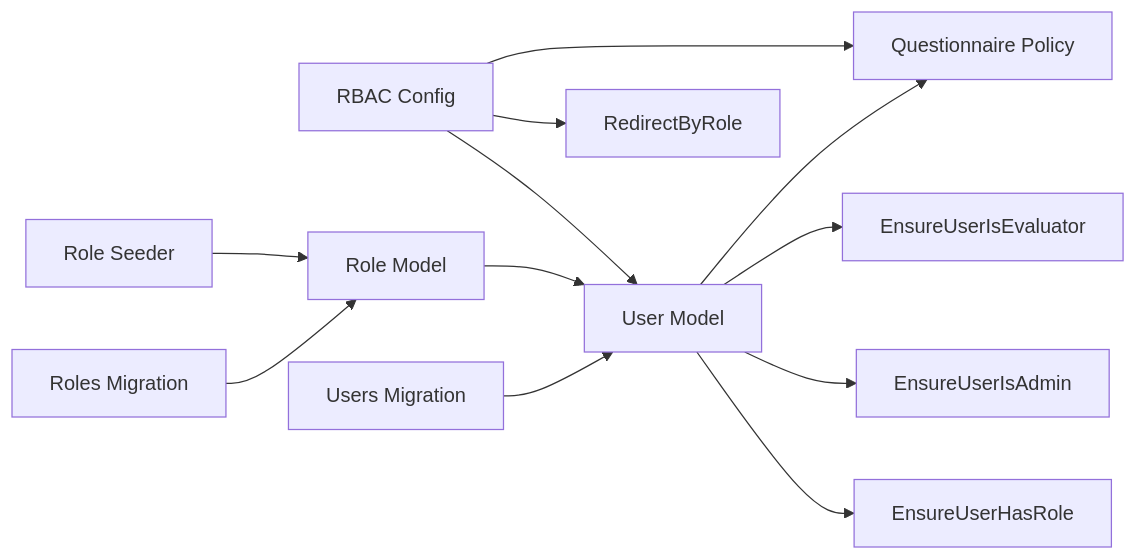
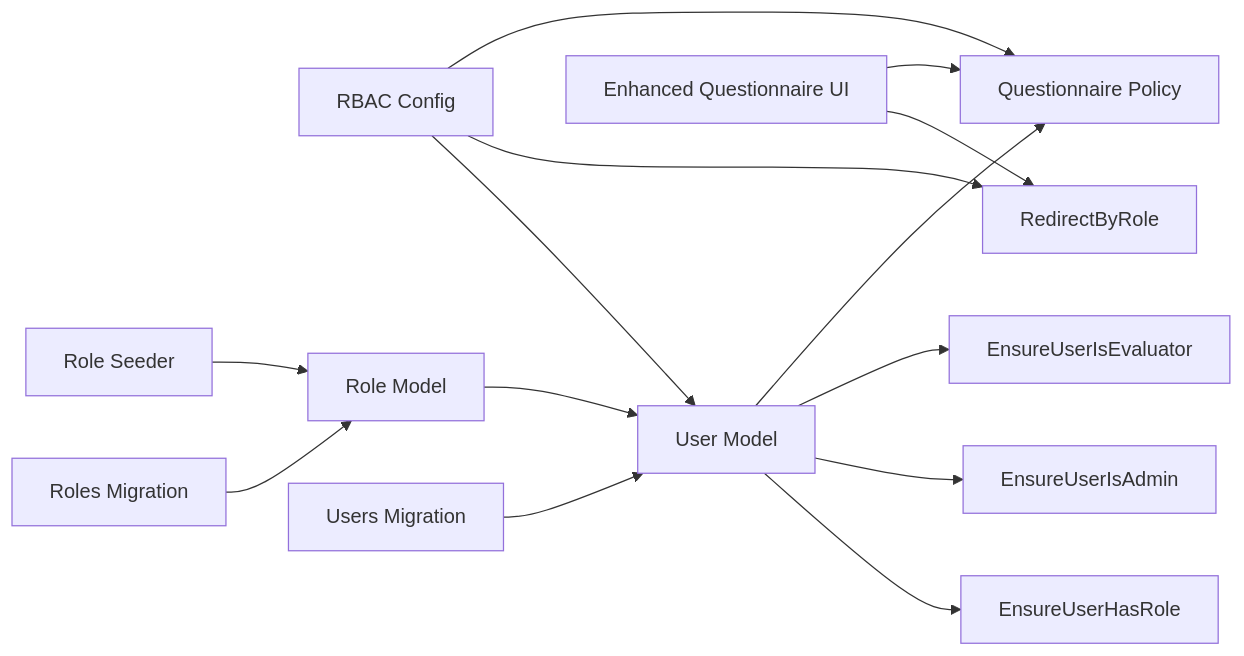
One commit to rudicatsmile/assesment360 changed the sixth of 6 diagrams in .qoder/repowiki/en/content/Role-Based Access Control/Role-Based Access Control.md. Above: the diagram before and after it, drawn with Mermaid. The commit also changed other lines of this file and 5 other files, not shown here.

````diff
--- a/.qoder/repowiki/en/content/Role-Based Access Control/Role-Based Access Control.md
+++ b/.qoder/repowiki/en/content/Role-Based Access Control/Role-Based Access Control.md
@@ -341,14 +397,16 @@
 ```mermaid
 graph LR
 Config["RBAC Config"] --> UserModel["User Model"]
 Config --> MiddlewareRedirect["RedirectByRole"]
 Config --> Policy["Questionnaire Policy"]
 RoleModel["Role Model"] --> UserModel
 UserModel --> MiddlewareHasRole["EnsureUserHasRole"]
 UserModel --> MiddlewareIsAdmin["EnsureUserIsAdmin"]
 UserModel --> MiddlewareIsEvaluator["EnsureUserIsEvaluator"]
 UserModel --> Policy
 RolesTable["Roles Migration"] --> RoleModel
 UsersRolesTable["Users Migration"] --> UserModel
 Seeder["Role Seeder"] --> RoleModel
+QuestionnaireUI["Enhanced Questionnaire UI"] --> MiddlewareRedirect
+QuestionnaireUI --> Policy
 ```
````
